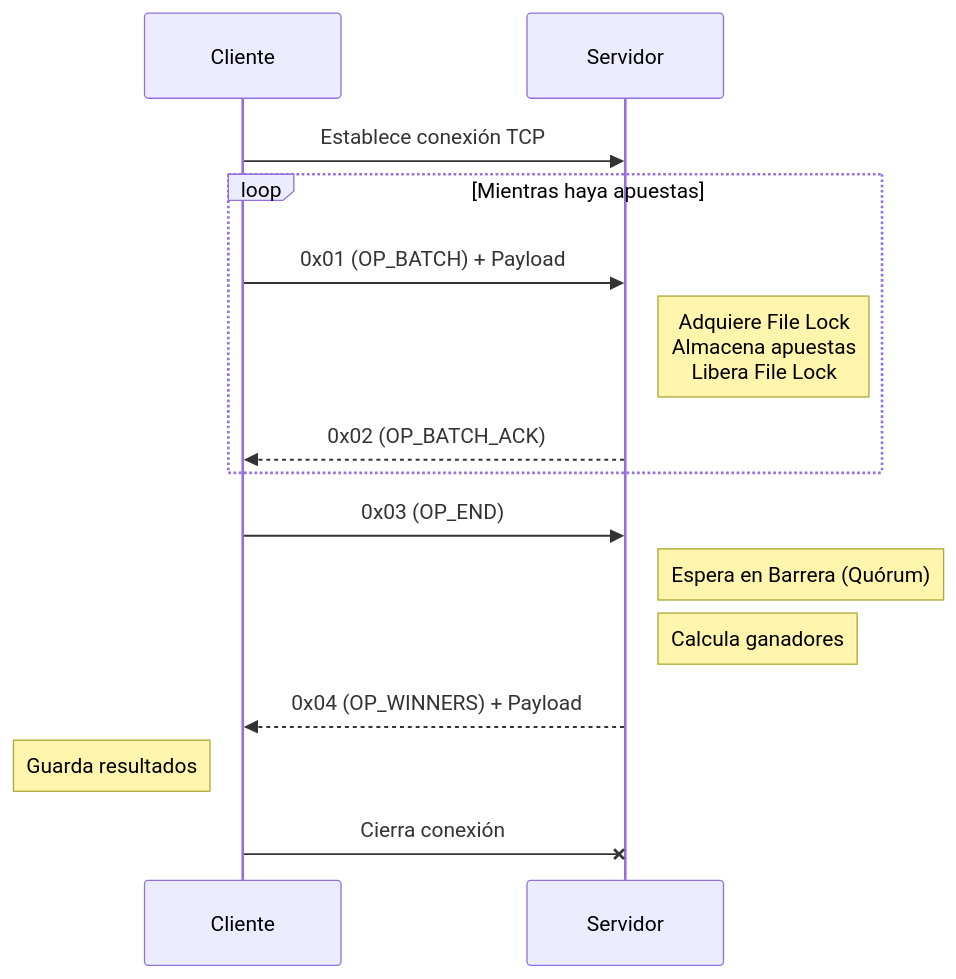
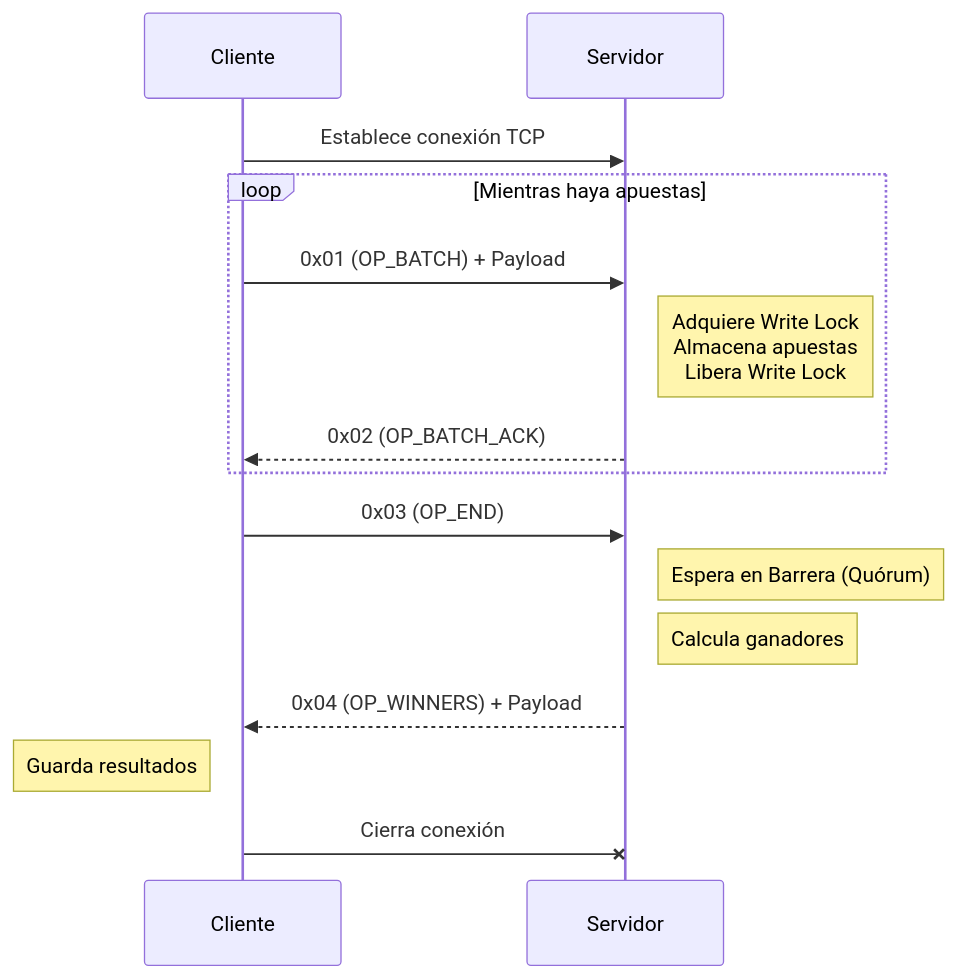
Before and after one commit to tompivel/sd_tp0_nivelador: the third of 3 diagrams in INFORME.md, drawn with Mermaid. The commit also changed other lines of this file, not shown here.

````diff
--- a/INFORME.md
+++ b/INFORME.md
@@ -63,18 +63,18 @@
 ```mermaid
 sequenceDiagram
     participant C as Cliente
     participant S as Servidor
     
     C->>S: Establece conexión TCP
     loop Mientras haya apuestas
         C->>S: 0x01 (OP_BATCH) + Payload
-        Note right of S: Adquiere File Lock<br/>Almacena apuestas<br/>Libera File Lock
+        Note right of S: Adquiere Write Lock<br/>Almacena apuestas<br/>Libera Write Lock
         S-->>C: 0x02 (OP_BATCH_ACK)
     end
     C->>S: 0x03 (OP_END)
     Note right of S: Espera en Barrera (Quórum)
     Note right of S: Calcula ganadores
     S-->>C: 0x04 (OP_WINNERS) + Payload
     Note left of C: Guarda resultados
     C-xS: Cierra conexión
 ```
````
